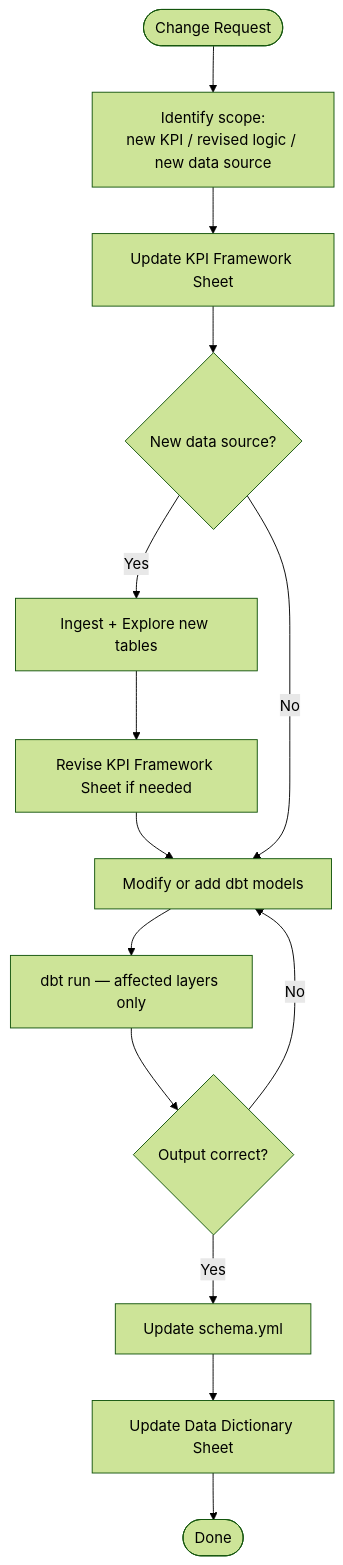
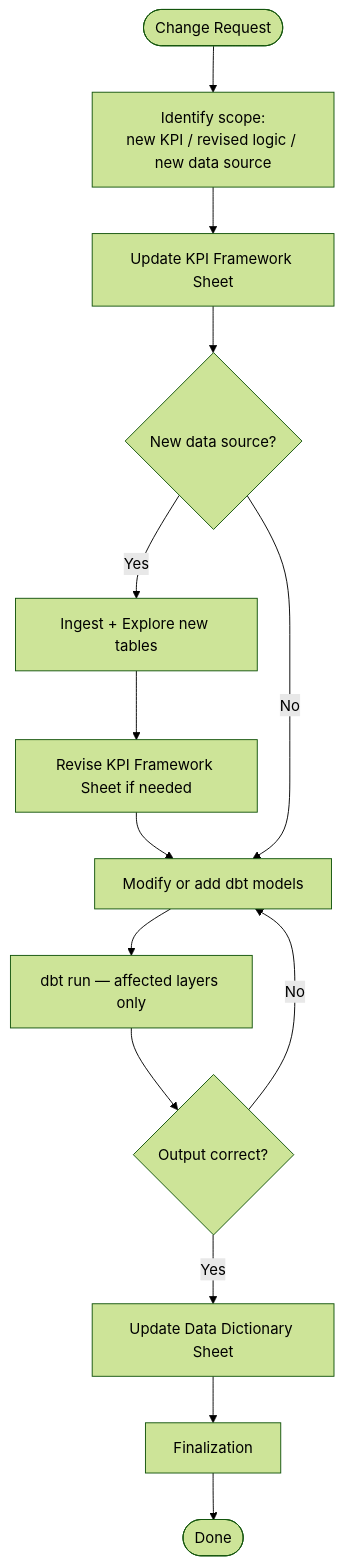
One commit to DalgoT4D/dalgo-core changed the second of 2 diagrams in workdocs/consulting/process.md. Above: the diagram before and after it, drawn with Mermaid (forest theme). The commit also changed other lines of this file, not shown here.

Commit message:
Refine consulting process finalization flow

````diff
--- a/workdocs/consulting/process.md
+++ b/workdocs/consulting/process.md
@@ -51,16 +52,16 @@
 ```mermaid
 flowchart TD
     A([Change Request]) --> B[Identify scope:\nnew KPI / revised logic / new data source]
     B --> C[Update KPI Framework Sheet]
     C --> D{New data source?}
     D -- Yes --> E[Ingest + Explore new tables]
     E --> F[Revise KPI Framework Sheet if needed]
     F --> G[Modify or add dbt models]
     D -- No --> G
     G --> H[dbt run — affected layers only]
     H --> I{Output correct?}
     I -- No --> G
-    I -- Yes --> J[Update schema.yml]
-    J --> K[Update Data Dictionary Sheet]
+    I -- Yes --> J[Update Data Dictionary Sheet]
+    J --> K[Finalization]
     K --> L([Done])
 ```
````
